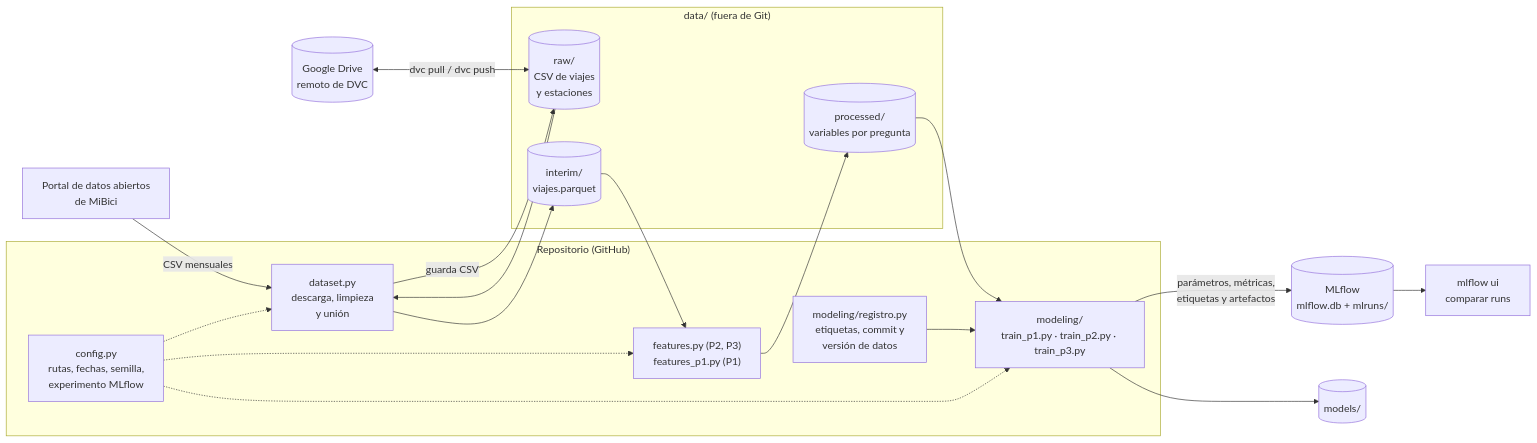
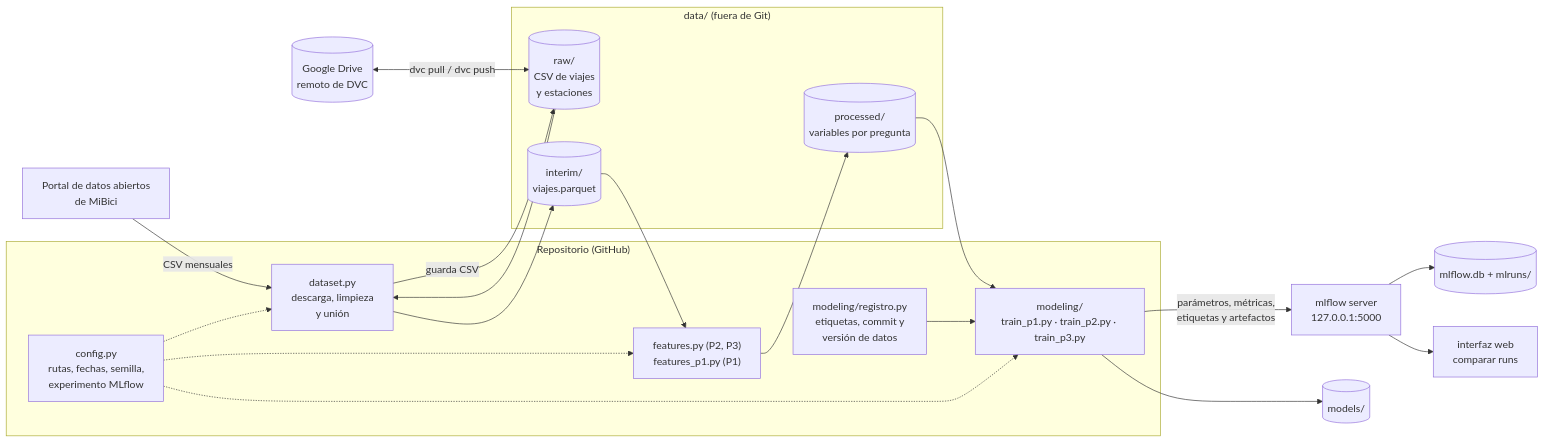
The diagram in README.md (manuelMedinaMna/MiBici_MLOps), drawn with Mermaid before and after one commit. The commit also changed other lines of this file and 4 other files, not shown here.

````diff
--- a/README.md
+++ b/README.md
@@ -22,31 +22,32 @@
 ```mermaid
 flowchart LR
     subgraph repo["Repositorio (GitHub)"]
         config["config.py<br/>rutas, fechas, semilla,<br/>experimento MLflow"]
         dataset["dataset.py<br/>descarga, limpieza<br/>y unión"]
         feat["features.py (P2, P3)<br/>features_p1.py (P1)"]
         train["modeling/<br/>train_p1.py · train_p2.py · train_p3.py"]
         registro["modeling/registro.py<br/>etiquetas, commit y<br/>versión de datos"]
     end
 
     subgraph datos["data/ (fuera de Git)"]
         raw[("raw/<br/>CSV de viajes<br/>y estaciones")]
         interim[("interim/<br/>viajes.parquet")]
         processed[("processed/<br/>variables por pregunta")]
     end
 
     portal["Portal de datos abiertos<br/>de MiBici"] -->|"CSV mensuales"| dataset
     drive[("Google Drive<br/>remoto de DVC")] <-->|"dvc pull / dvc push"| raw
     dataset -->|"guarda CSV"| raw
     raw --> dataset
     dataset --> interim
     interim --> feat
     feat --> processed
     processed --> train
     registro --> train
     config -.-> dataset & feat & train
 
-    train -->|"parámetros, métricas,<br/>etiquetas y artefactos"| mlflow[("MLflow<br/>mlflow.db + mlruns/")]
+    train -->|"parámetros, métricas,<br/>etiquetas y artefactos"| server["mlflow server<br/>127.0.0.1:5000"]
+    server --> mlflow[("mlflow.db + mlruns/")]
     train --> models[("models/")]
-    mlflow --> ui["mlflow ui<br/>comparar runs"]
+    server --> ui["interfaz web<br/>comparar runs"]
 ```
````
